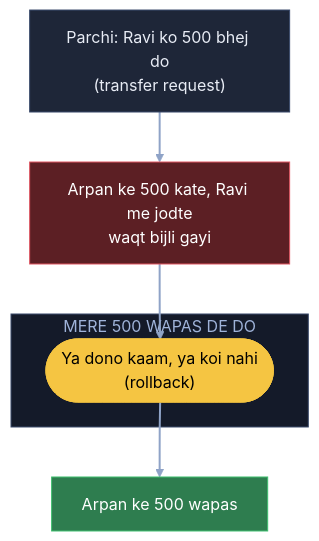
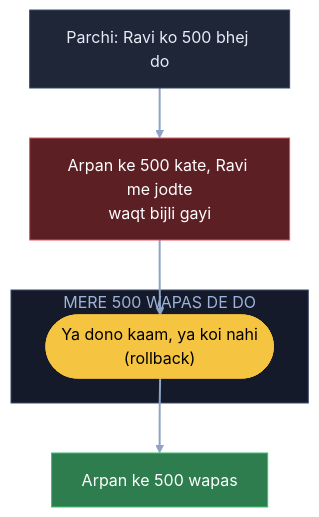
One commit to ArpanMaheshwari144/Prep changed the first of 22 diagrams in 04_HLD/SYSTEM_DESIGNS/13_banking_system/13_banking_system.md. Above: the diagram before and after it, drawn with Mermaid. The commit also changed other lines of this file and 20 other files, not shown here.

Commit message:
Diagram: sirf hand notes wale naam rahe (66 apne joda naam hataye); README 22-Nov tak update

````diff
--- a/04_HLD/SYSTEM_DESIGNS/13_banking_system/13_banking_system.md
+++ b/04_HLD/SYSTEM_DESIGNS/13_banking_system/13_banking_system.md
@@ -84,18 +84,18 @@
 ```mermaid
 flowchart TB
-    A["Parchi: Ravi ko 500 bhej do<br/>(transfer request)"]:::card
+    A["Parchi: Ravi ko 500 bhej do"]:::card
     X["Arpan ke 500 kate, Ravi me jodte<br/>waqt bijli gayi"]:::bad
     subgraph WD["MERE 500 WAPAS DE DO"]
         R(["Ya dono kaam, ya koi nahi<br/>(rollback)"]):::pill
     end
     OK["Arpan ke 500 wapas"]:::good
     A --> X
     X --> R
     R --> OK
     linkStyle default stroke:#8fa3c7,stroke-width:2px
     classDef card fill:#1e2638,stroke:#3a4a6b,color:#e8ecf5
     classDef pill fill:#f5c542,stroke:#f5c542,color:#000
     classDef good fill:#2e7d4f,stroke:#3fbf6f,color:#fff
     classDef bad fill:#5c1f24,stroke:#e05561,color:#fff
     style WD fill:#141a29,stroke:#3a4a6b,color:#9fb3d9
 ```
````
